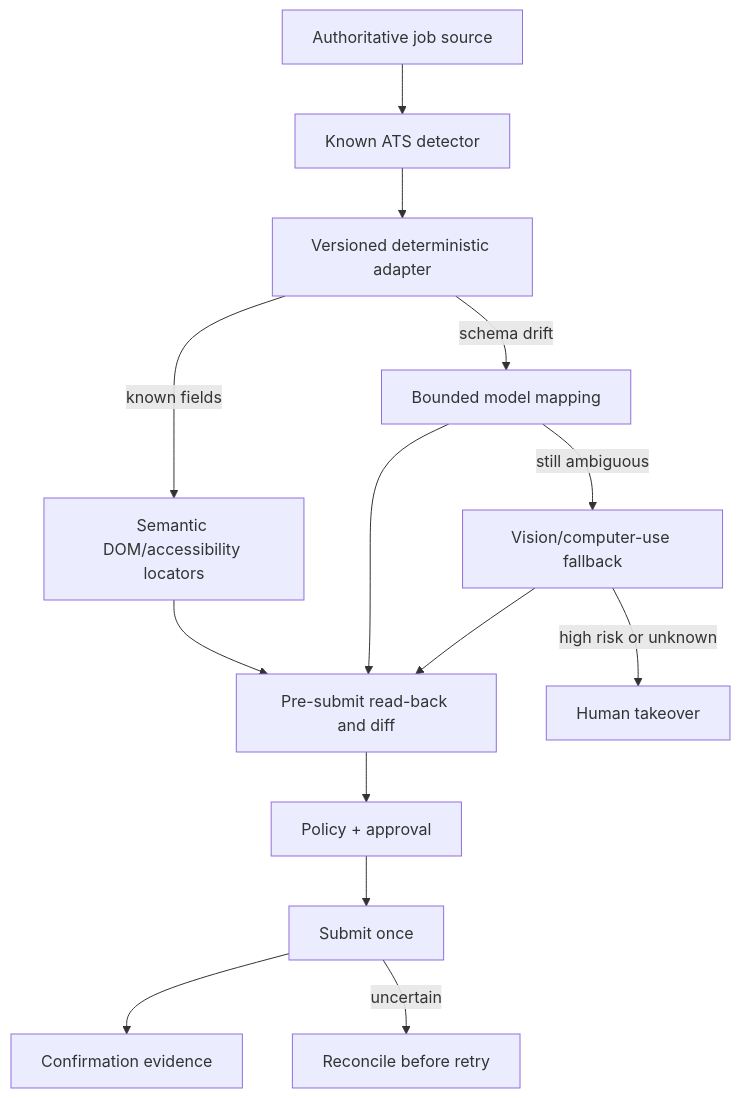
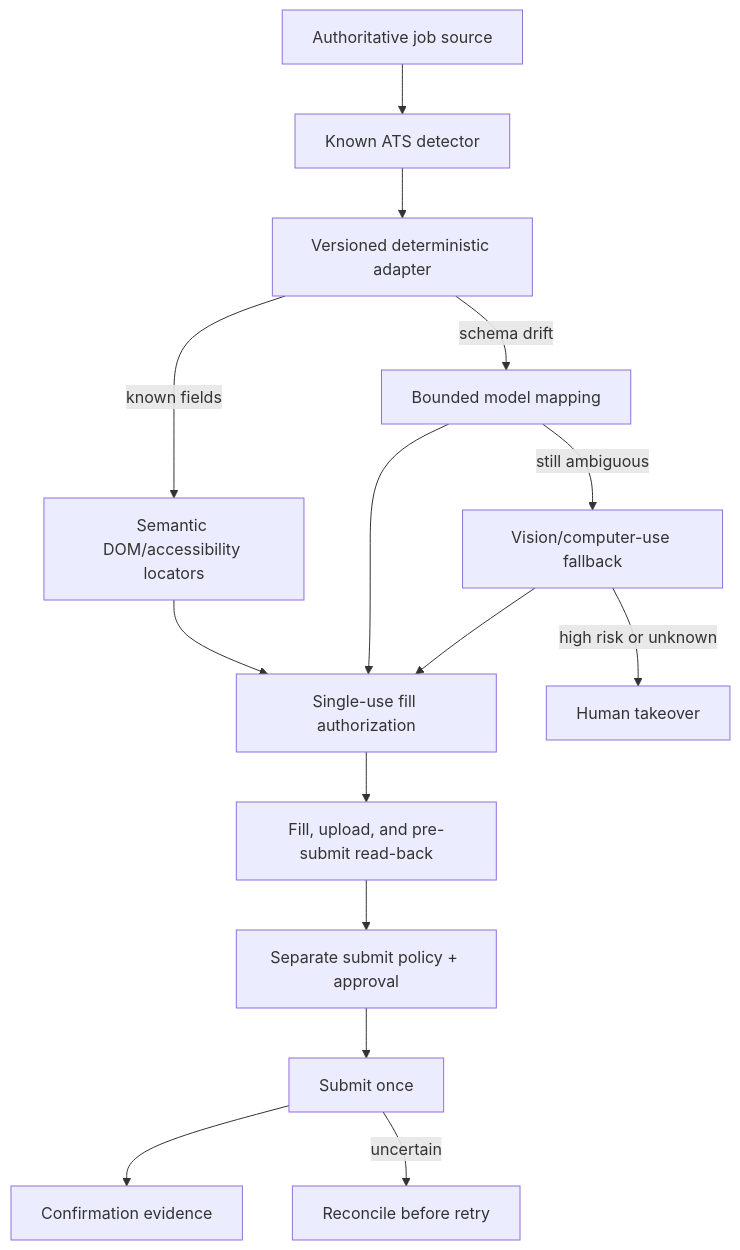
The diagram in docs/architecture/ats-automation.md (zackrichland/roledawn), drawn with Mermaid before and after one commit. The commit also changed other lines of this file and 589 other files, not shown here.

````diff
--- a/docs/architecture/ats-automation.md
+++ b/docs/architecture/ats-automation.md
@@ -34,16 +40,17 @@
 ```mermaid
 flowchart TD
     A["Authoritative job source"] --> B["Known ATS detector"]
     B --> C["Versioned deterministic adapter"]
     C -->|known fields| D["Semantic DOM/accessibility locators"]
     C -->|schema drift| E["Bounded model mapping"]
-    D --> F["Pre-submit read-back and diff"]
-    E --> F
+    D --> X["Single-use fill authorization"]
+    E --> X
+    X --> F["Fill, upload, and pre-submit read-back"]
     E -->|still ambiguous| G["Vision/computer-use fallback"]
-    G --> F
+    G --> X
     G -->|high risk or unknown| H["Human takeover"]
-    F --> I["Policy + approval"]
+    F --> I["Separate submit policy + approval"]
     I --> J["Submit once"]
     J --> K["Confirmation evidence"]
     J -->|uncertain| L["Reconcile before retry"]
 ```
````
